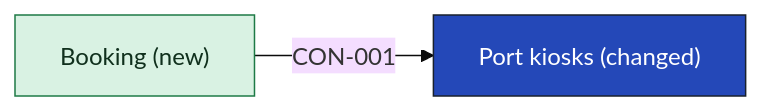
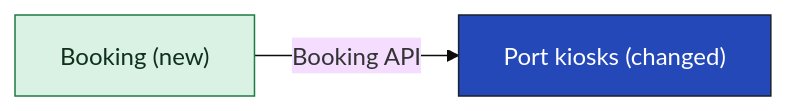
One commit to smalls257/vela changed the first of 2 diagrams in examples/unified-booking/05-building-blocks/kiosks-building-blocks.md. Above: the diagram before and after it, drawn with Mermaid (base theme). The commit also changed other lines of this file and 56 other files, not shown here.

````diff
--- a/examples/unified-booking/05-building-blocks/kiosks-building-blocks.md
+++ b/examples/unified-booking/05-building-blocks/kiosks-building-blocks.md
@@ -31,10 +31,10 @@
 ```mermaid
 flowchart LR
   n_APP_booking["Booking (new)"]
   n_APP_kiosks["Port kiosks (changed)"]
-  n_APP_booking -->|"CON-001"| n_APP_kiosks
+  n_APP_booking -->|"Booking API"| n_APP_kiosks
   classDef focus fill:#2448b8,stroke:#19212d,color:#ffffff
   classDef new fill:#d9f2e3,stroke:#1e7a46,color:#10301d
   class n_APP_kiosks focus
   class n_APP_booking new
 ```
````
